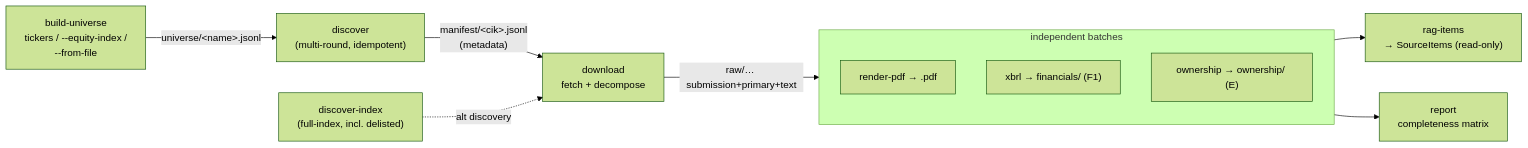
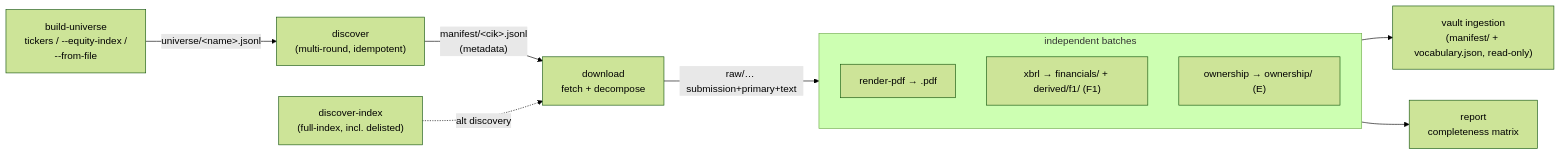
Before and after one commit to MyOpenFund/company-corpus: the fourth of 7 diagrams in docs/ARCHITECTURE.md, drawn with Mermaid (forest theme). The commit also changed other lines of this file and 12 other files, not shown here.

First line of the commit message:
Remove rag.py and rag-items: the orchestrator reads company documents from the vault; docs for the contract

````diff
--- a/docs/ARCHITECTURE.md
+++ b/docs/ARCHITECTURE.md
@@ -275,18 +287,18 @@
 ```mermaid
 flowchart LR
     U["build-universe<br/>tickers / --equity-index /<br/>--from-file"] -->|"universe/&lt;name&gt;.jsonl"| D
     D["discover<br/>(multi-round, idempotent)"] -->|"manifest/&lt;cik&gt;.jsonl<br/>(metadata)"| DL
     DL["download<br/>fetch + decompose"] -->|"raw/… submission+primary+text"| BR
 
     subgraph BR["independent batches"]
         direction TB
         R["render-pdf → .pdf"]
-        X["xbrl → financials/ (F1)"]
+        X["xbrl → financials/ + derived/f1/ (F1)"]
         O["ownership → ownership/ (E)"]
     end
 
-    BR --> RAGS["rag-items<br/>→ SourceItems (read-only)"]
+    BR --> VAULT["vault ingestion<br/>(manifest/ + vocabulary.json, read-only)"]
     BR --> REP["report<br/>completeness matrix"]
 
     DI["discover-index<br/>(full-index, incl. delisted)"] -.alt discovery.-> DL
 ```
````
